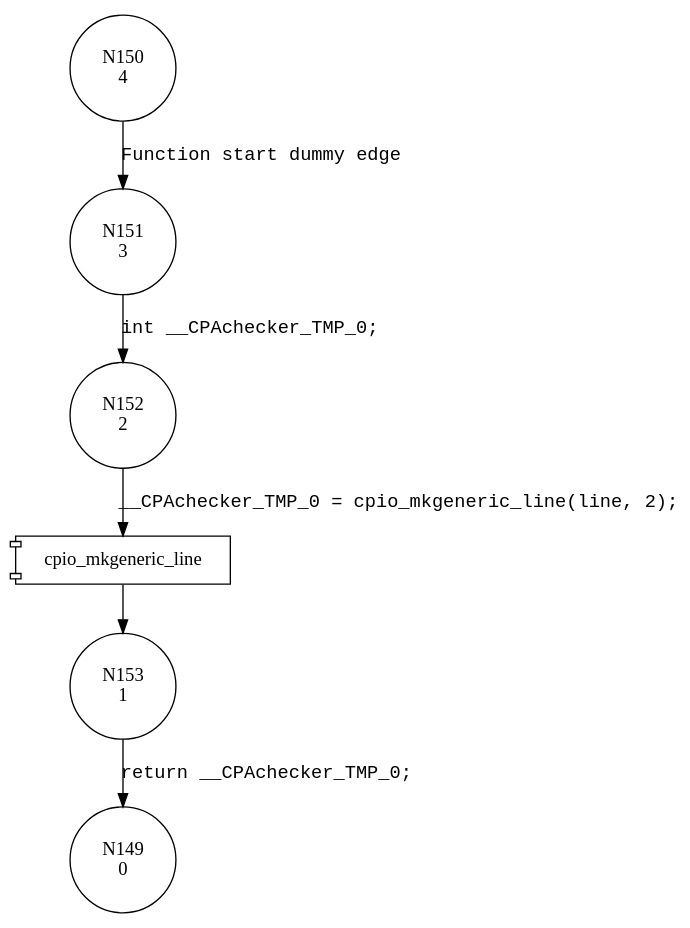
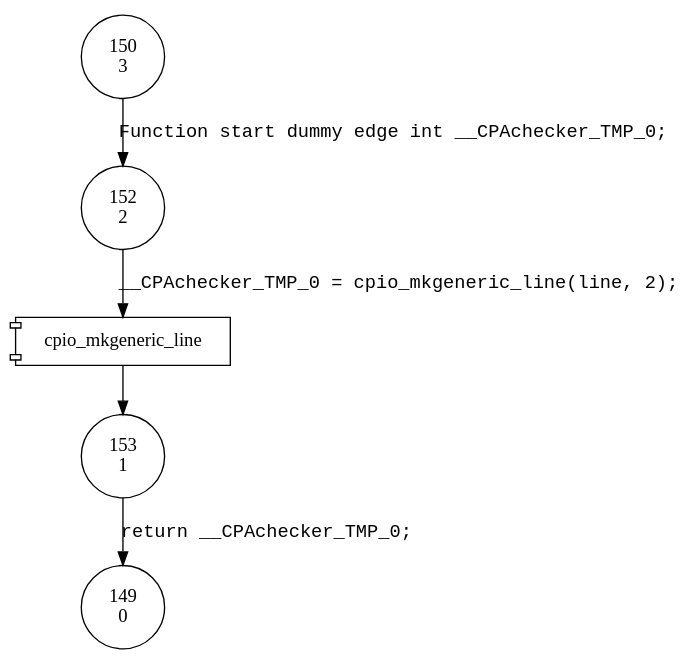
Before and after one commit to woailuo/experiments: the diagram in gen_init_cpio/analysis_original/cfa__cpio_mksock_line.dot, drawn with Graphviz. The commit also changed 465 other files, not shown here.

```diff
--- a/gen_init_cpio/analysis_original/cfa__cpio_mksock_line.dot
+++ b/gen_init_cpio/analysis_original/cfa__cpio_mksock_line.dot
@@ -1,13 +1,11 @@
 digraph cpio_mksock_line {
-150 [shape="circle" label="N150\n4"]
-151 [shape="circle" label="N151\n3"]
-152 [shape="circle" label="N152\n2"]
-153 [shape="circle" label="N153\n1"]
-149 [shape="circle" label="N149\n0"]
-150 -> 151 [label="Function start dummy edge" fontname="Courier New"]
+150 [shape="circle" label="150\n3"]
+152 [shape="circle" label="152\n2"]
+153 [shape="circle" label="153\n1"]
+149 [shape="circle" label="149\n0"]
+150 -> 152 [label="Function start dummy edge int __CPAchecker_TMP_0;" fontname="Courier New"]
 100021 [shape="component" label="cpio_mkgeneric_line"]
 152 -> 100021 [label="__CPAchecker_TMP_0 = cpio_mkgeneric_line(line, 2);" fontname="Courier New"]
 100021 -> 153 [label="" fontname="Courier New"]
-151 -> 152 [label="int __CPAchecker_TMP_0;" fontname="Courier New"]
 153 -> 149 [label="return __CPAchecker_TMP_0;" fontname="Courier New"]
 }
```
